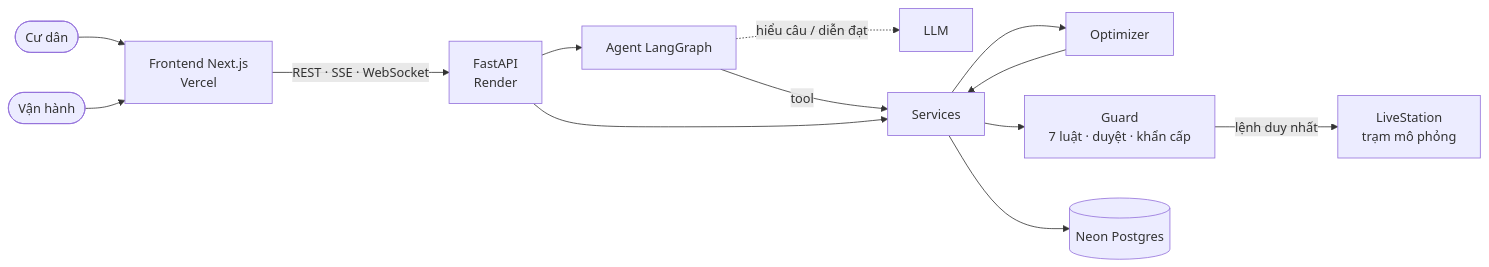
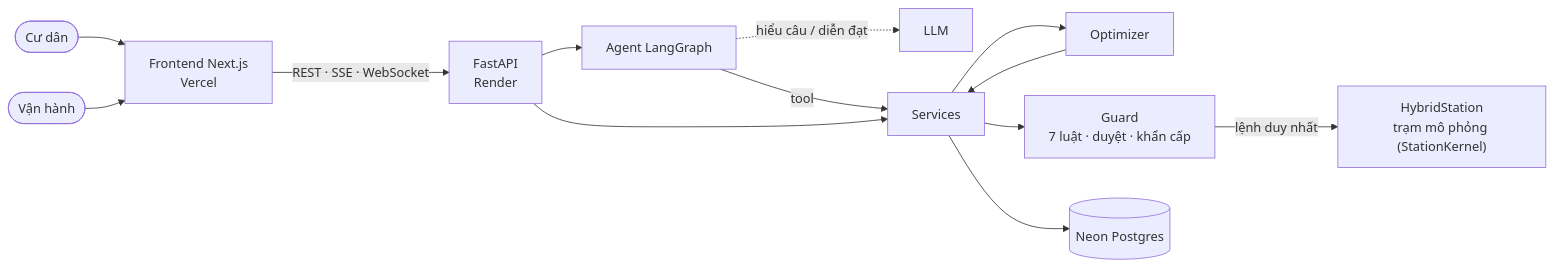
The diagram in README.md (hieulhaiwork/Temp-ChargePilot-Simulator), drawn with Mermaid before and after one commit. The commit also changed other lines of this file and 577 other files, not shown here.

````diff
--- a/README.md
+++ b/README.md
@@ -87,13 +92,13 @@
 ```mermaid
 flowchart LR
     R([Cư dân]) --> FE
     O([Vận hành]) --> FE
     FE["Frontend Next.js<br/>Vercel"] -- "REST · SSE · WebSocket" --> API["FastAPI<br/>Render"]
     API --> AG["Agent LangGraph"] -. "hiểu câu / diễn đạt" .-> LLM["LLM"]
     AG -- "tool" --> SV["Services"]
     API --> SV
     SV --> OPT["Optimizer"] --> SV
     SV --> GD["Guard<br/>7 luật · duyệt · khẩn cấp"]
-    GD -- "lệnh duy nhất" --> ST["LiveStation<br/>trạm mô phỏng"]
+    GD -- "lệnh duy nhất" --> ST["HybridStation<br/>trạm mô phỏng (StationKernel)"]
     SV --> DB[("Neon Postgres")]
 ```
````
